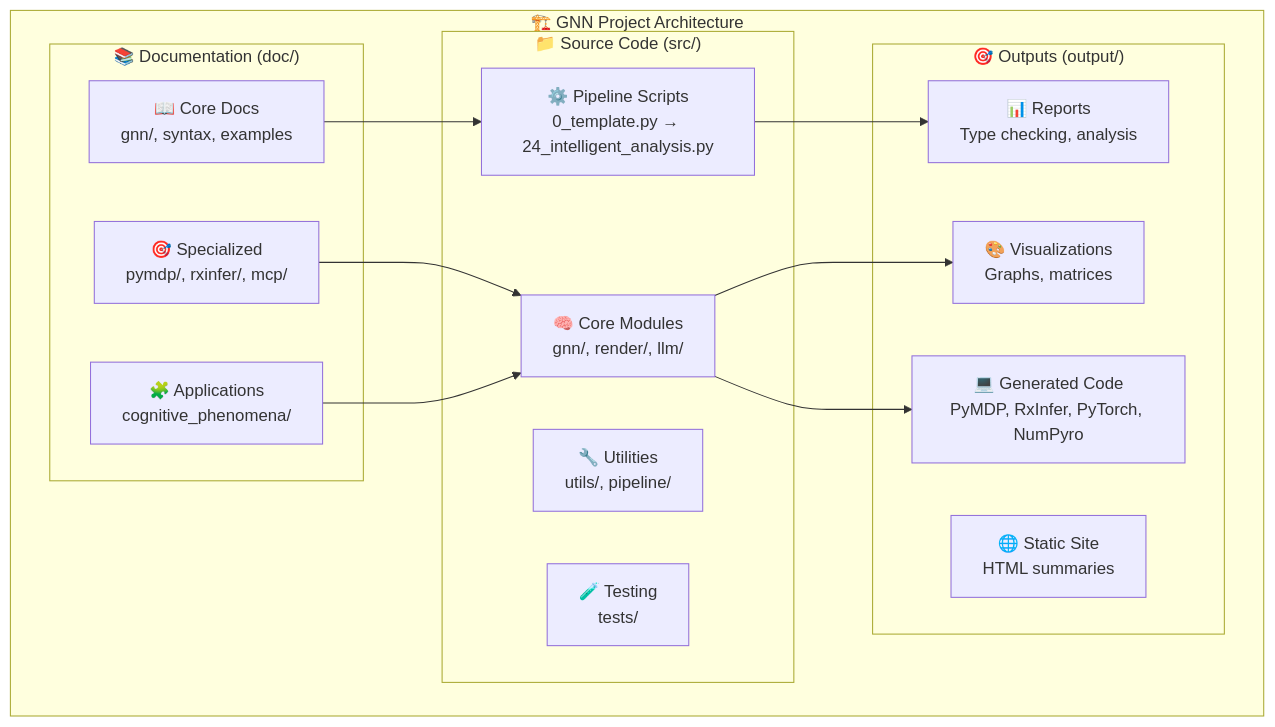
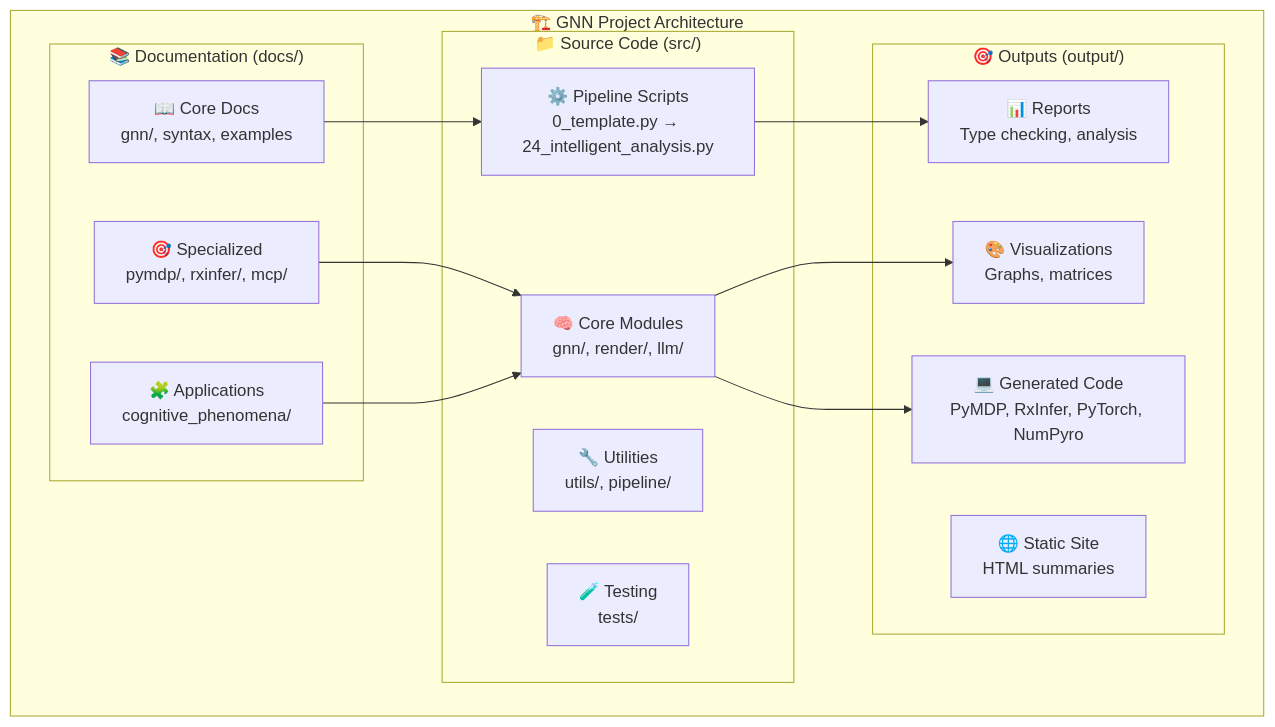
Before and after one commit to ActiveInferenceInstitute/GeneralizedNotationNotation: the second of 8 diagrams in README.md, drawn with Mermaid. The commit also changed other lines of this file and 853 other files, not shown here.

````diff
--- a/README.md
+++ b/README.md
@@ -300,33 +300,33 @@
 ```mermaid
 graph TB
     subgraph "🏗️ GNN Project Architecture"
         subgraph "📁 Source Code (src/)"
             A[⚙️ Pipeline Scripts<br/>0_template.py → 24_intelligent_analysis.py]
             B[🧠 Core Modules<br/>gnn/, render/, llm/]
             C[🔧 Utilities<br/>utils/, pipeline/]
             D[🧪 Testing<br/>tests/]
         end
         
-        subgraph "📚 Documentation (doc/)"
+        subgraph "📚 Documentation (docs/)"
             E[📖 Core Docs<br/>gnn/, syntax, examples]
             F[🎯 Specialized<br/>pymdp/, rxinfer/, mcp/]
             G[🧩 Applications<br/>cognitive_phenomena/]
         end
         
         subgraph "🎯 Outputs (output/)"
             H[📊 Reports<br/>Type checking, analysis]
             I[🎨 Visualizations<br/>Graphs, matrices]
             J[💻 Generated Code<br/>PyMDP, RxInfer, PyTorch, NumPyro]
             K[🌐 Static Site<br/>HTML summaries]
         end
     end
     
     A --> H
     B --> I
     B --> J
     E --> A
     F --> B
     G --> B
     
     %% styling intentionally omitted (theme-controlled)
 ```
````
